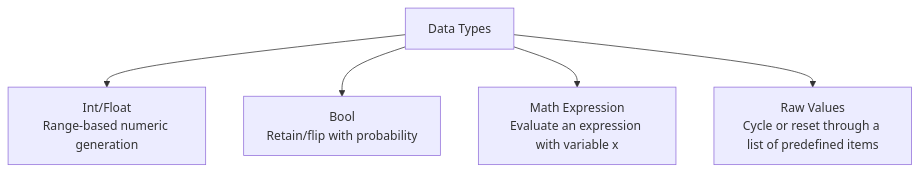
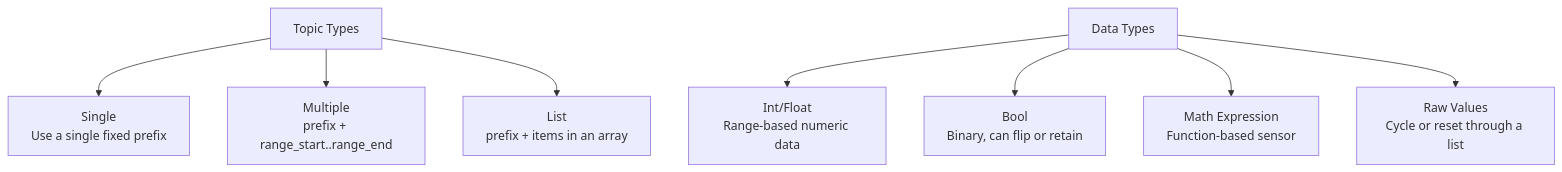
The diagram in README.md (marcelo-6/mqtt-sim), drawn with Mermaid before and after one commit. The commit also changed other lines of this file and 1 other file, not shown here.

````diff
--- a/README.md
+++ b/README.md
@@ -199,8 +261,13 @@
 ```mermaid
 flowchart TD
+    A[Topic Types]
+    A --> S[Single<br>Use a single fixed prefix]
+    A --> M[Multiple<br>prefix + range_start..range_end]
+    A --> L[List<br>prefix + items in an array]
+
     D[Data Types]
-    D --> N[Int/Float<br>Range-based numeric generation]
-    D --> B[Bool<br>Retain/flip with probability]
-    D --> ME[Math Expression<br>Evaluate an expression with variable x]
-    D --> RV[Raw Values<br>Cycle or reset through a list of predefined items]
+    D --> IF[Int/Float<br>Range-based numeric data]
+    D --> B[Bool<br>Binary, can flip or retain]
+    D --> ME[Math Expression<br>Function-based sensor]
+    D --> RV[Raw Values<br>Cycle or reset through a list]
 ```
````
